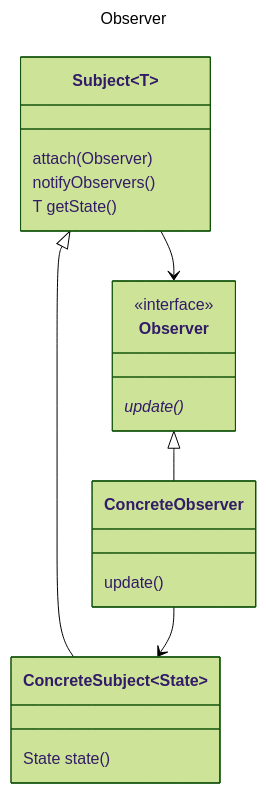
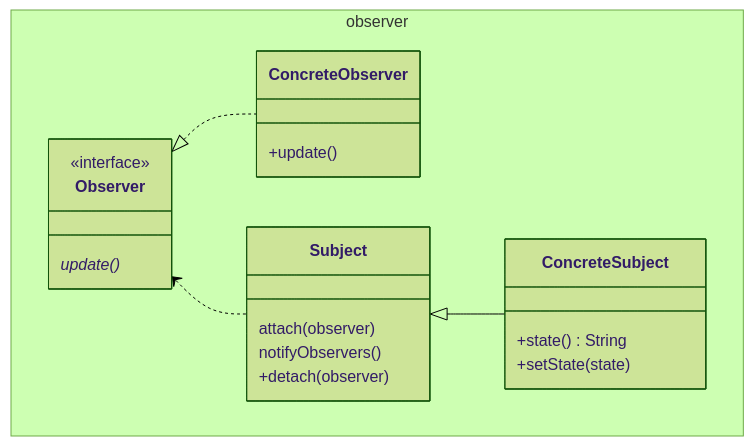
One commit to mtrigueira/JGoF changed the diagram in src/main/java/org/example/gof/behaviour/observer/Observer.md. Above: the diagram before and after it, drawn with Mermaid (forest theme). The commit also changed other lines of this file and 1 other file, not shown here.

Commit message:
Edit Observer.md add synonyms and related patterns.

````diff
--- a/src/main/java/org/example/gof/behaviour/observer/Observer.md
+++ b/src/main/java/org/example/gof/behaviour/observer/Observer.md
@@ -1,26 +5,25 @@
 ```mermaid
----
-title: Observer
----
 classDiagram
-    class Subject~T~ {
-        attach(Observer)
-        notifyObservers()
-        T getState()
+    namespace observer {
+        class ConcreteObserver {
+            +update()
+        }
+        class ConcreteSubject {
+            +state() String
+            +setState(state)
+        }
+        class Observer {
+            <<interface>>
+            update()*
+        }
+        class Subject {
+            attach(observer)
+            notifyObservers()
+            +detach(observer)
+        }
     }
-    class Observer {
-        <<interface>>
-        update()*
-    }
-    class ConcreteSubject~State~ {
-        State state()
-    }
-    class ConcreteObserver {
-        update()
-    }
+    Observer <.. Subject
+    Observer <|.. ConcreteObserver
+    Subject <|-- ConcreteSubject
 
-    Subject <|-- ConcreteSubject
-    Observer <|-- ConcreteObserver
-    Subject --> Observer
-    ConcreteObserver --> ConcreteSubject
 ```
````
